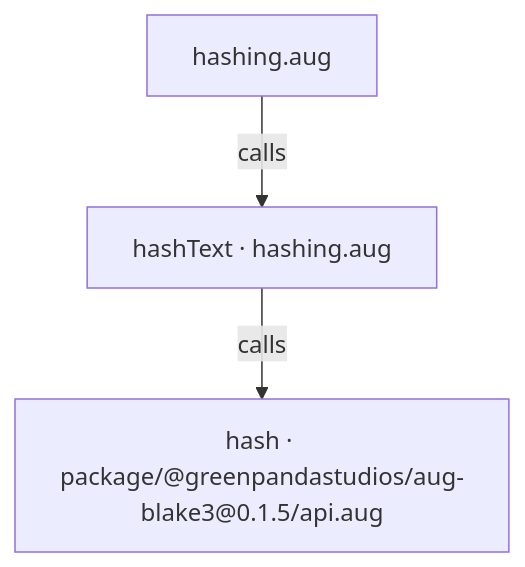
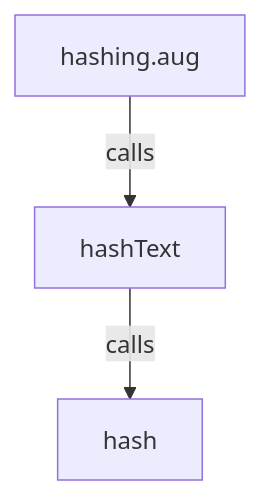
The first of 2 diagrams in docs/examples/native-blake3/hashing-diagrams.md (GreenPandaStudios/augscript), drawn with Mermaid before and after one commit. The commit also changed other lines of this file and 524 other files, not shown here.

Commit message:
Explain checked data flow at folder and service levels

````diff
--- a/docs/examples/native-blake3/hashing-diagrams.md
+++ b/docs/examples/native-blake3/hashing-diagrams.md
@@ -23,8 +20,8 @@
 ```mermaid
 flowchart TD
-    n0["hashText · hashing.aug"]
+    n0["hashText"]
     n1["hashing.aug"]
-    n2["hash · package/@greenpandastudios/aug-blake3@0.1.5/api.aug"]
+    n2["hash"]
     n0 -->|"calls"| n2
     n1 -->|"calls"| n0
 ```
````
